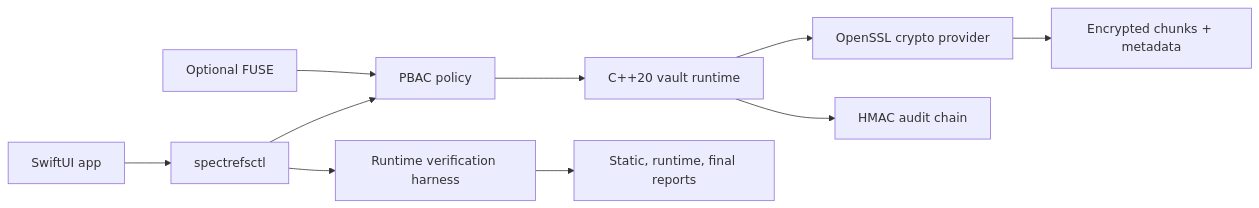
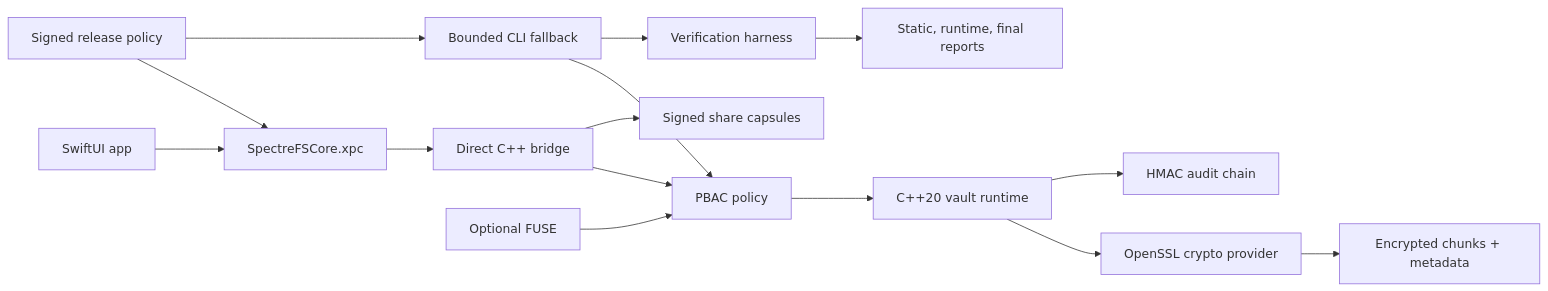
Before and after one commit to AtharvaG109/Portfolio: the diagram in content/projects/spectrefs-encrypted-vault-filesystem.mdx, drawn with Mermaid. The commit also changed other lines of this file and 22 other files, not shown here.

````diff
--- a/content/projects/spectrefs-encrypted-vault-filesystem.mdx
+++ b/content/projects/spectrefs-encrypted-vault-filesystem.mdx
@@ -31,12 +33,17 @@
 ```mermaid
 flowchart LR
-  app["SwiftUI app"] --> ctl["spectrefsctl"]
-  ctl --> pbac["PBAC policy"]
+  app["SwiftUI app"] --> xpc["SpectreFSCore.xpc"]
+  xpc --> bridge["Direct C++ bridge"]
+  bridge --> pbac["PBAC policy"]
   pbac --> runtime["C++20 vault runtime"]
   runtime --> crypto["OpenSSL crypto provider"]
   crypto --> chunks["Encrypted chunks + metadata"]
   runtime --> audit["HMAC audit chain"]
-  ctl --> verify["Runtime verification harness"]
+  ctl["Bounded CLI fallback"] --> pbac
+  policy["Signed release policy"] --> xpc
+  policy --> ctl
+  bridge --> share["Signed share capsules"]
+  ctl --> verify["Verification harness"]
   fuse["Optional FUSE"] --> pbac
   verify --> reports["Static, runtime, final reports"]
 ```
````
